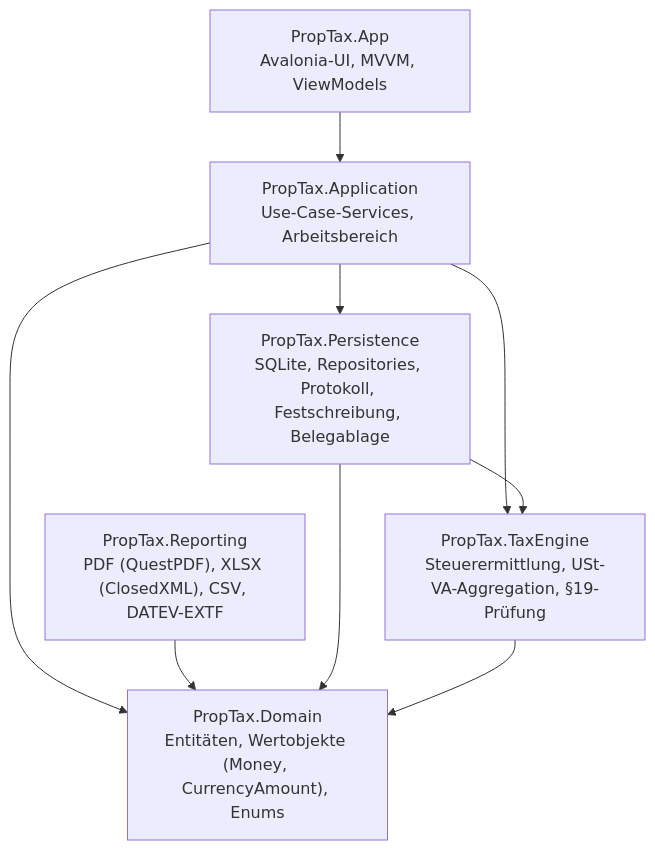
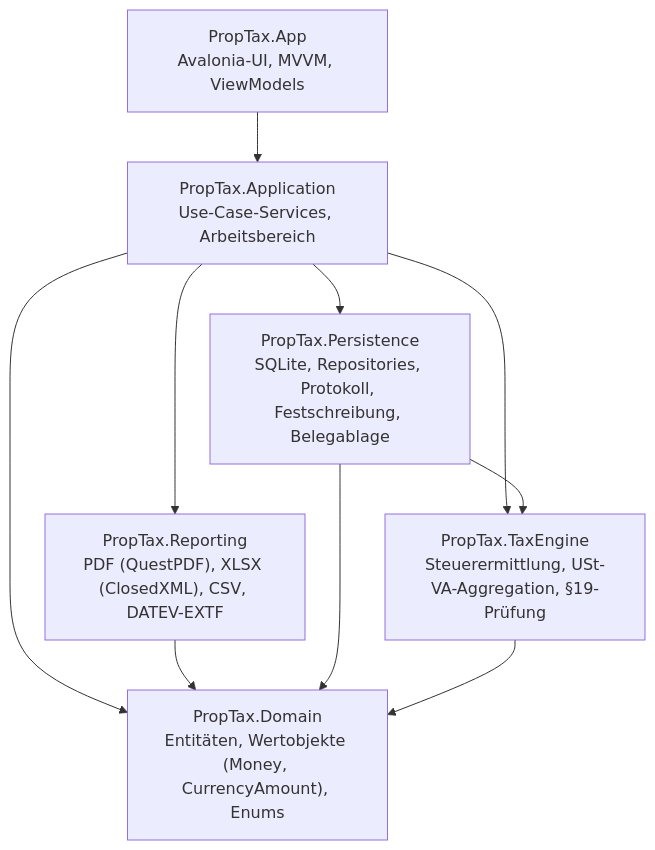
One commit to y2m7fhcf5t-ai/proptax changed the diagram in docs/architektur.md. Above: the diagram before and after it, drawn with Mermaid. The commit also changed other lines of this file and 3 other files, not shown here.

````diff
--- a/docs/architektur.md
+++ b/docs/architektur.md
@@ -5,14 +5,14 @@
 ```mermaid
 flowchart TB
   App["PropTax.App<br/>Avalonia-UI, MVVM, ViewModels"]
   Anw["PropTax.Application<br/>Use-Case-Services, Arbeitsbereich"]
   Rep["PropTax.Reporting<br/>PDF (QuestPDF), XLSX (ClosedXML), CSV, DATEV-EXTF"]
   Per["PropTax.Persistence<br/>SQLite, Repositories, Protokoll, Festschreibung, Belegablage"]
   Eng["PropTax.TaxEngine<br/>Steuerermittlung, USt-VA-Aggregation, §19-Prüfung"]
   Dom["PropTax.Domain<br/>Entitäten, Wertobjekte (Money, CurrencyAmount), Enums"]
   App --> Anw
-  Anw --> Per & Eng & Dom
+  Anw --> Per & Eng & Dom & Rep
   Rep --> Dom
   Per --> Eng & Dom
   Eng --> Dom
 ```
````
